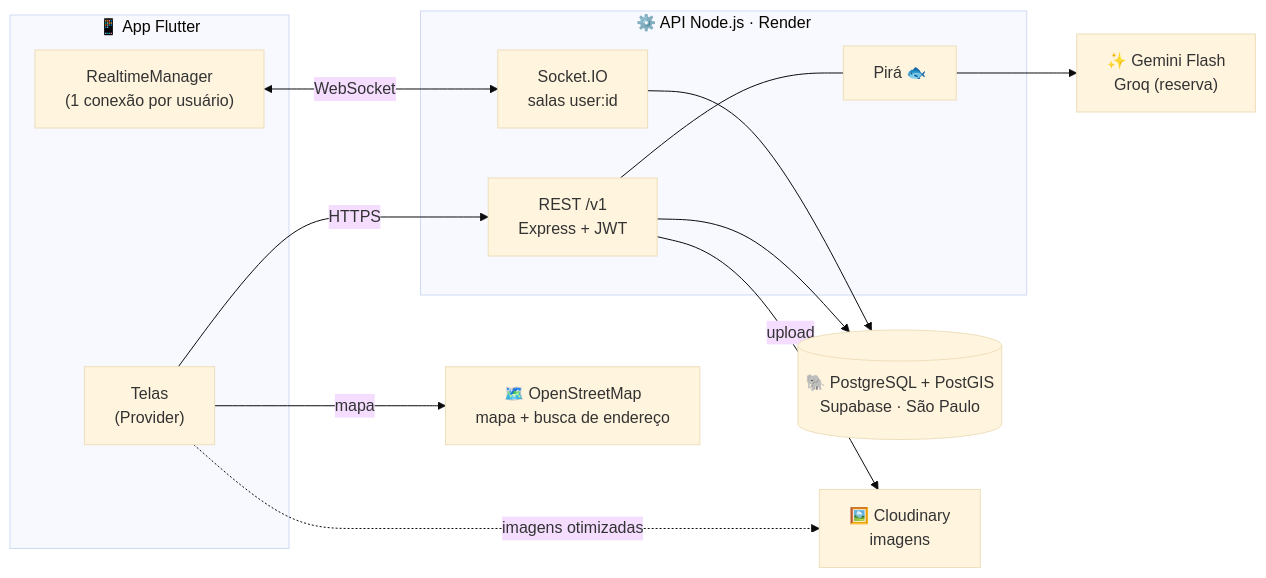
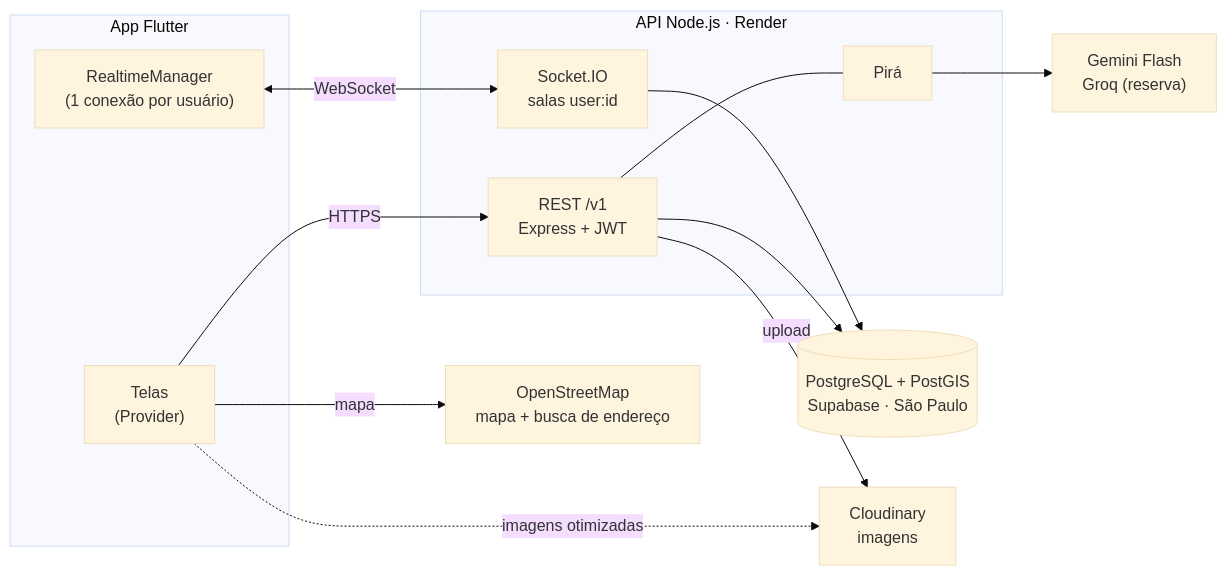
One commit to daniykt/Pesque-Fale changed the diagram in README.md. Above: the diagram before and after it, drawn with Mermaid (base theme). The commit also changed other lines of this file and 1 other file, not shown here.

````diff
--- a/README.md
+++ b/README.md
@@ -75,28 +75,28 @@
 ```mermaid
 flowchart LR
-    subgraph APP["📱 App Flutter"]
+    subgraph APP["App Flutter"]
         UI["Telas<br/>(Provider)"]
         RT["RealtimeManager<br/>(1 conexão por usuário)"]
     end
 
-    subgraph API["⚙️ API Node.js · Render"]
+    subgraph API["API Node.js · Render"]
         REST["REST /v1<br/>Express + JWT"]
         WS["Socket.IO<br/>salas user:id"]
-        IA["Pirá 🐟"]
+        IA["Pirá"]
     end
 
-    DB[("🐘 PostgreSQL + PostGIS<br/>Supabase · São Paulo")]
-    CDN["🖼️ Cloudinary<br/>imagens"]
-    MAP["🗺️ OpenStreetMap<br/>mapa + busca de endereço"]
-    LLM["✨ Gemini Flash<br/>Groq (reserva)"]
+    DB[("PostgreSQL + PostGIS<br/>Supabase · São Paulo")]
+    CDN["Cloudinary<br/>imagens"]
+    MAP["OpenStreetMap<br/>mapa + busca de endereço"]
+    LLM["Gemini Flash<br/>Groq (reserva)"]
 
     UI -- HTTPS --> REST
     RT <-- WebSocket --> WS
     REST --> DB
     WS --> DB
     REST -- upload --> CDN
     REST --- IA
     IA --> LLM
     UI -- mapa --> MAP
     UI -. imagens otimizadas .-> CDN
 ```
````
